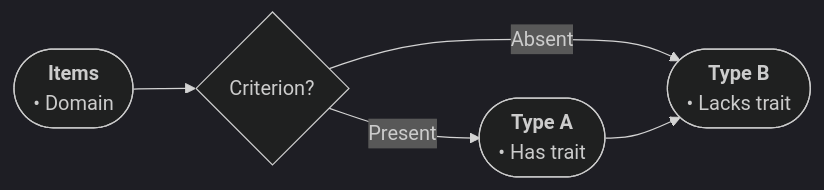
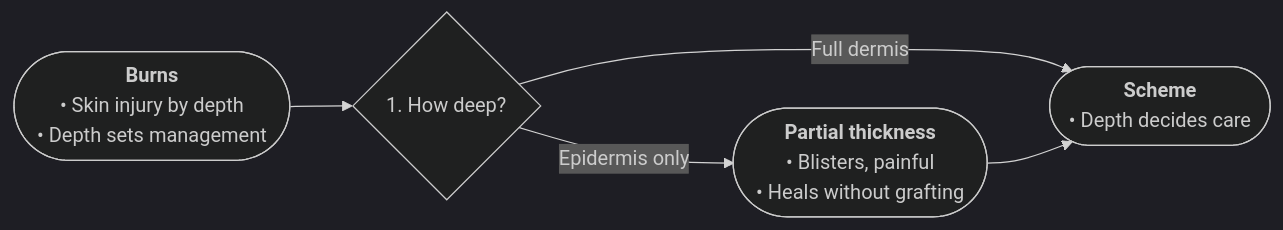
The diagram in cards/profiles/classification.md (drsku6/flowcheck), drawn with Mermaid (dark theme) before and after one commit. The commit also changed other lines of this file and 31 other files, not shown here.

````diff
--- a/cards/profiles/classification.md
+++ b/cards/profiles/classification.md
@@ -10,11 +12,11 @@
 ```mermaid
 flowchart LR
-n1(["<b>Items</b><br/>• Domain"]):::startNode
-n2{"Criterion?"}:::decisionNode
-n3(["<b>Type A</b><br/>• Has trait"]):::altDx
-n4(["<b>Type B</b><br/>• Lacks trait"]):::dispoNode
+n1(["<b>Burns</b><br/>• Skin injury by depth<br/>• Depth sets management"]):::startNode
+n2{"1. How deep?"}:::decisionNode
+n3(["<b>Partial thickness</b><br/>• Blisters, painful<br/>• Heals without grafting"]):::altDx
+n4(["<b>Scheme</b><br/>• Depth decides care"]):::dispoNode
 n1 --> n2
-n2 -->|"Present"| n3
-n2 -->|"Absent"| n4
+n2 -->|"Epidermis only"| n3
+n2 -->|"Full dermis"| n4
 n3 --> n4
 ```
````
